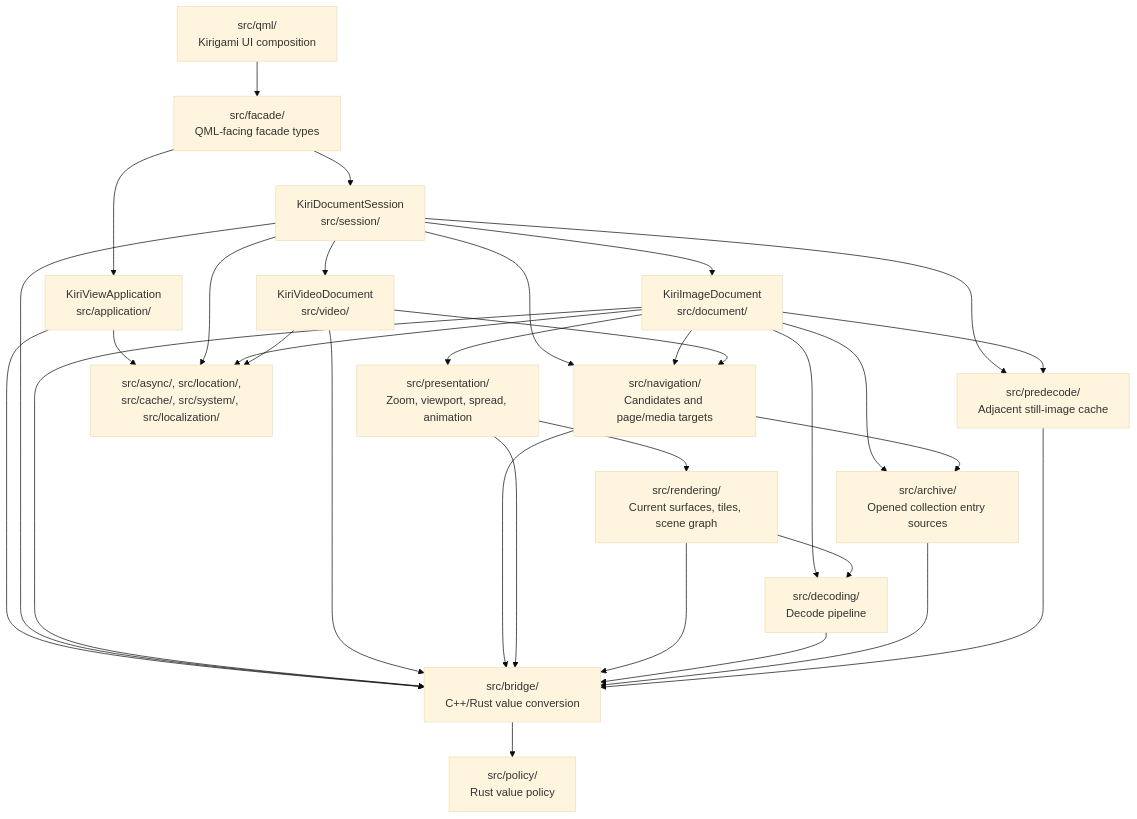
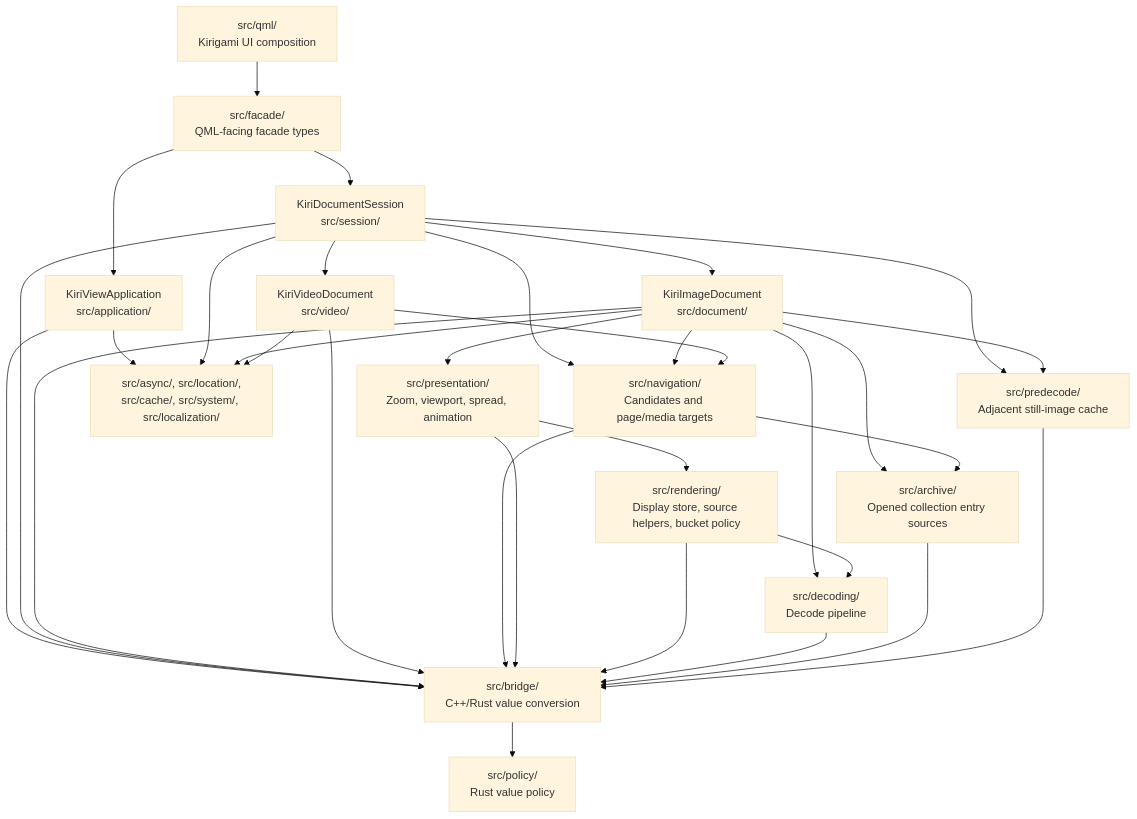
Before and after one commit to hnjae/KiriView: the second of 2 diagrams in docs/architecture/overview.md, drawn with Mermaid (base theme). The commit also changed other lines of this file and 7 other files, not shown here.

Commit message:
docs(architecture): define renderer removal boundary

````diff
--- a/docs/architecture/overview.md
+++ b/docs/architecture/overview.md
@@ -24,50 +24,50 @@
 ```mermaid
 flowchart TD
     QML["src/qml/\nKirigami UI composition"]
     Facade["src/facade/\nQML-facing facade types"]
     Application["KiriViewApplication\nsrc/application/"]
     Session["KiriDocumentSession\nsrc/session/"]
     ImageDocument["KiriImageDocument\nsrc/document/"]
     VideoDocument["KiriVideoDocument\nsrc/video/"]
     Navigation["src/navigation/\nCandidates and page/media targets"]
     Presentation["src/presentation/\nZoom, viewport, spread, animation"]
-    Rendering["src/rendering/\nCurrent surfaces, tiles, scene graph"]
+    Rendering["src/rendering/\nDisplay store, source helpers, bucket policy"]
     Decoding["src/decoding/\nDecode pipeline"]
     Archive["src/archive/\nOpened collection entry sources"]
     Predecode["src/predecode/\nAdjacent still-image cache"]
     RuntimeSupport["src/async/, src/location/,\nsrc/cache/, src/system/, src/localization/"]
     Bridge["src/bridge/\nC++/Rust value conversion"]
     Policy["src/policy/\nRust value policy"]
 
     QML --> Facade
     Facade --> Application
     Facade --> Session
     Session --> ImageDocument
     Session --> VideoDocument
     Session --> Navigation
     Session --> Predecode
     ImageDocument --> Navigation
     ImageDocument --> Presentation
     ImageDocument --> Decoding
     ImageDocument --> Archive
     ImageDocument --> Predecode
     Presentation --> Rendering
     Rendering --> Decoding
     Navigation --> Archive
     VideoDocument --> Navigation
     Application --> Bridge
     Session --> Bridge
     ImageDocument --> Bridge
     VideoDocument --> Bridge
     Navigation --> Bridge
     Presentation --> Bridge
     Rendering --> Bridge
     Decoding --> Bridge
     Archive --> Bridge
     Predecode --> Bridge
     Bridge --> Policy
     Application --> RuntimeSupport
     Session --> RuntimeSupport
     ImageDocument --> RuntimeSupport
     VideoDocument --> RuntimeSupport
 ```
````
